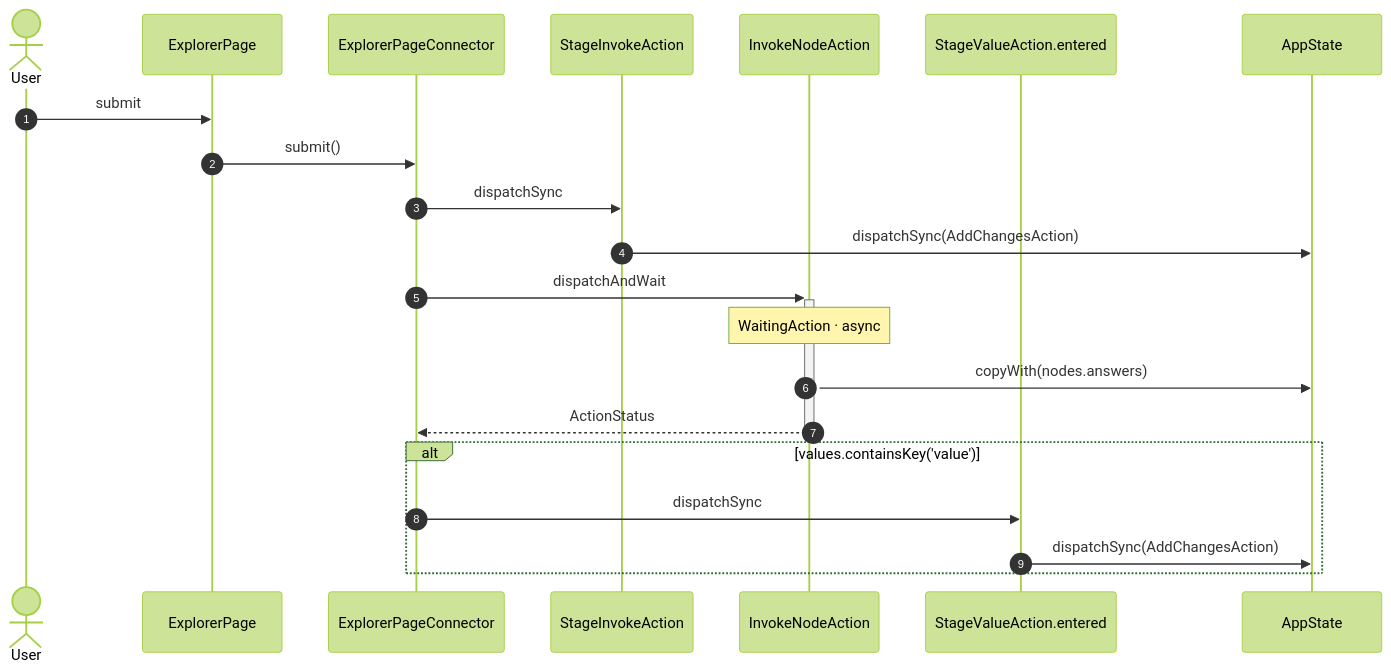
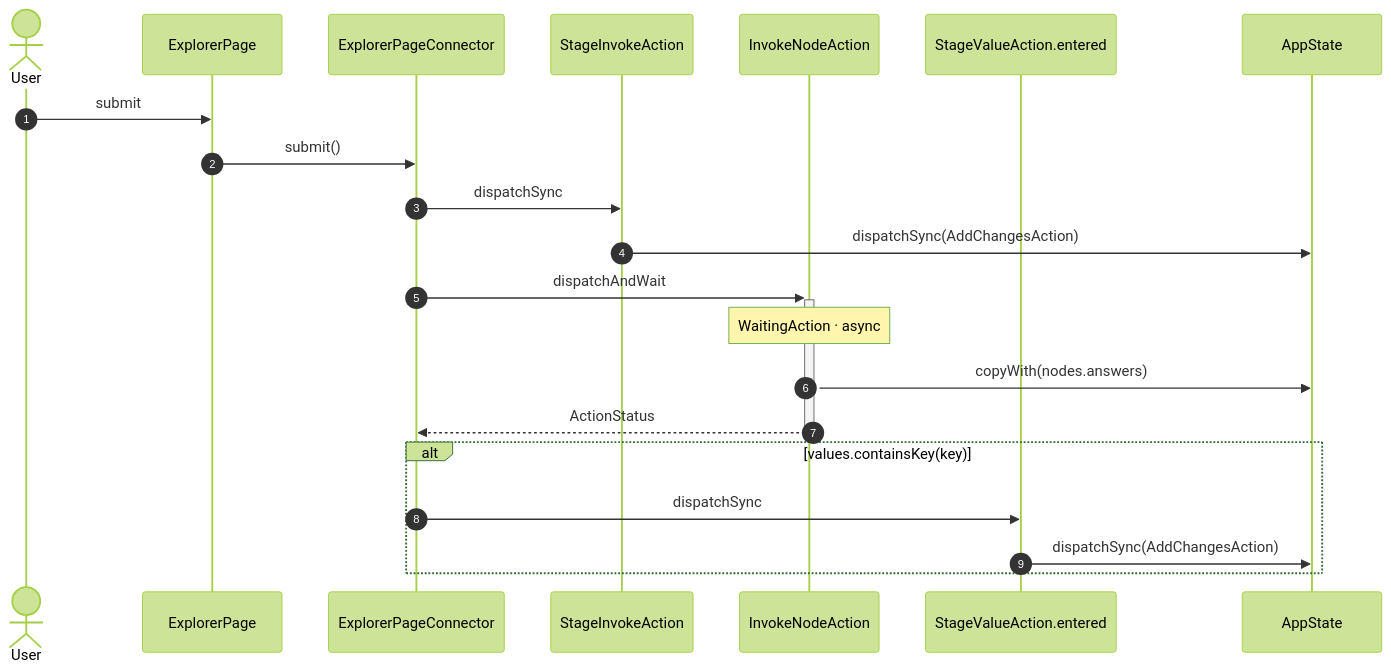
The first of 58 diagrams in studio/docs/flows/explorer.md (gencto/wyrm), drawn with Mermaid (forest theme) before and after one commit. The commit also changed 10 other files, not shown here.

````diff
--- a/studio/docs/flows/explorer.md
+++ b/studio/docs/flows/explorer.md
@@ -9,24 +9,24 @@
 ```mermaid
 sequenceDiagram
     autonumber
     actor User
     participant UI as ExplorerPage
     participant VM as ExplorerPageConnector
     participant A1 as StageInvokeAction
     participant A2 as InvokeNodeAction
     participant A3 as StageValueAction.entered
     participant ST as AppState
 
     User->>UI: submit
     UI->>VM: submit()
     VM->>A1: dispatchSync
     A1->>ST: dispatchSync(AddChangesAction)
     VM->>+A2: dispatchAndWait
     Note over A2: WaitingAction · async
     A2->>ST: copyWith(nodes.answers)
     A2-->>-VM: ActionStatus
-    alt values.containsKey('value')
+    alt values.containsKey(key)
         VM->>A3: dispatchSync
         A3->>ST: dispatchSync(AddChangesAction)
     end
 ```
````
